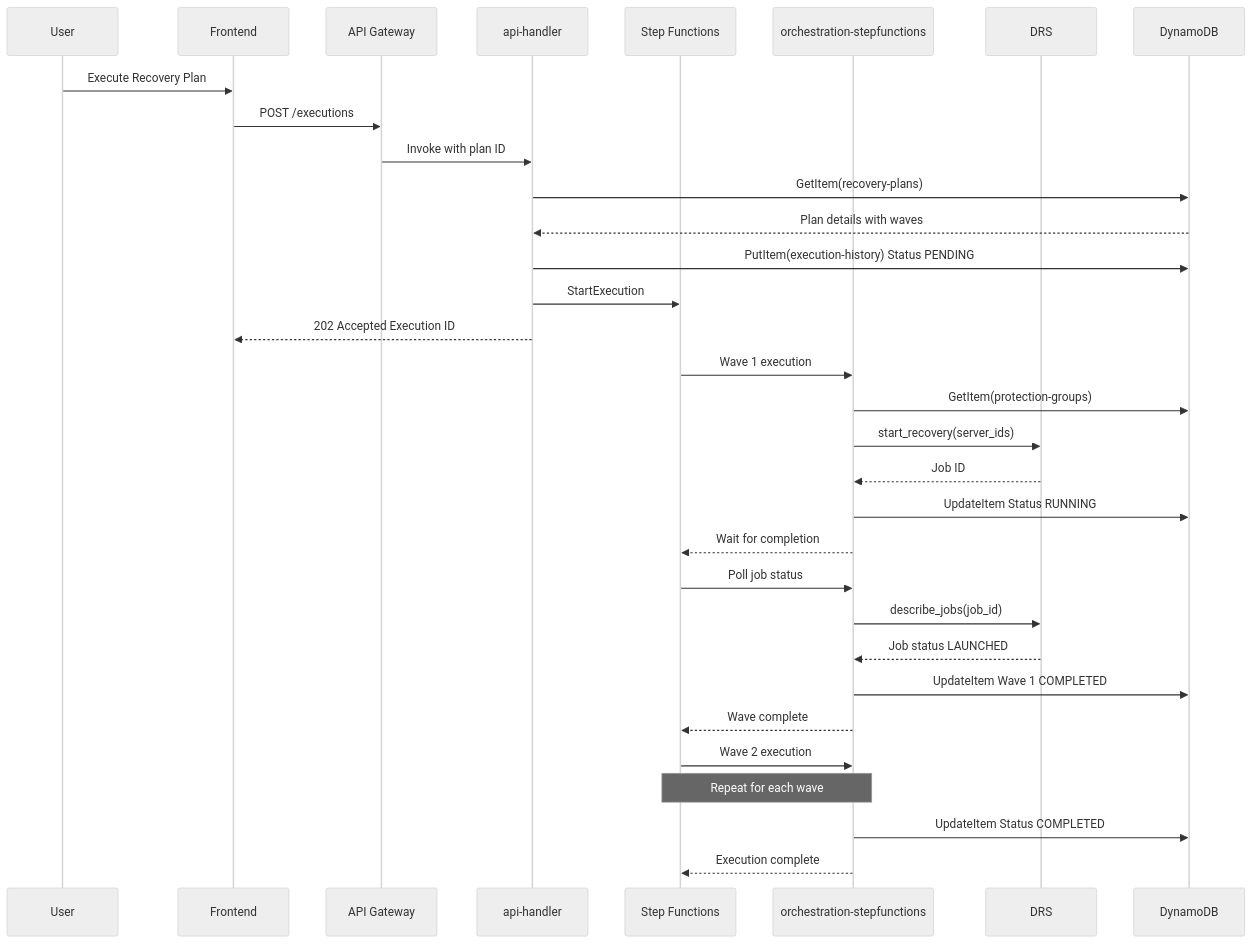
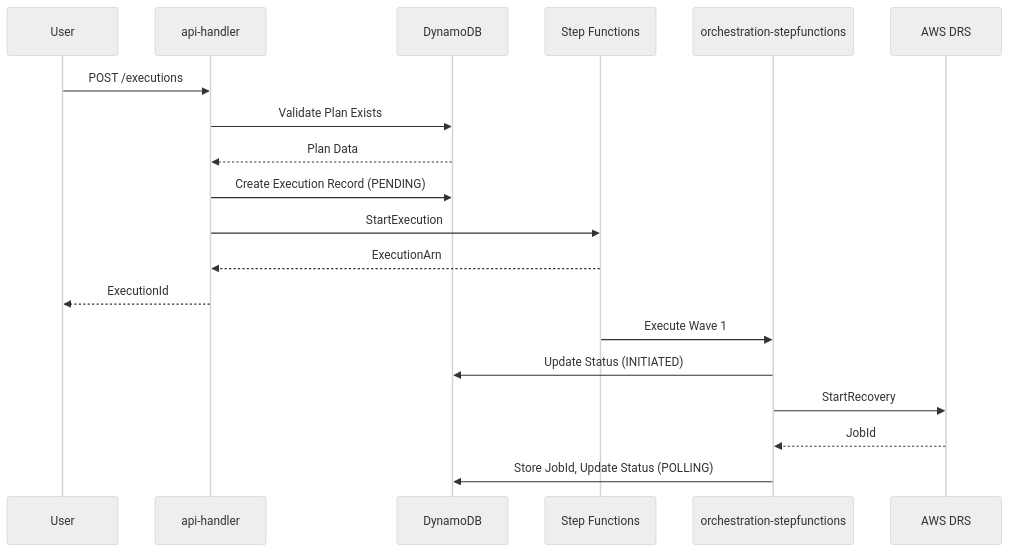
Before and after one commit to johnjcousens/aws-elasticdrs-orchestrator: the fourth of 12 diagrams in docs/architecture/ARCHITECTURE_DIAGRAMS.md, drawn with Mermaid (neutral theme). The commit also changed other lines of this file and 16 other files, not shown here.

````diff
--- a/docs/architecture/ARCHITECTURE_DIAGRAMS.md
+++ b/docs/architecture/ARCHITECTURE_DIAGRAMS.md
@@ -219,43 +229,23 @@
 ```mermaid
 sequenceDiagram
     participant User
-    participant Frontend
-    participant APIGW as API Gateway
-    participant ApiHandler as api-handler
-    participant StepFn as Step Functions
-    participant Orchestrator as orchestration-stepfunctions
-    participant DRS
-    participant DynamoDB
-
-    User->>Frontend: Execute Recovery Plan
-    Frontend->>APIGW: POST /executions
-    APIGW->>ApiHandler: Invoke with plan ID
-
-    ApiHandler->>DynamoDB: GetItem(recovery-plans)
-    DynamoDB-->>ApiHandler: Plan details with waves
-
-    ApiHandler->>DynamoDB: PutItem(execution-history) Status PENDING
-    ApiHandler->>StepFn: StartExecution
-    ApiHandler-->>Frontend: 202 Accepted Execution ID
-
-    StepFn->>Orchestrator: Wave 1 execution
-    Orchestrator->>DynamoDB: GetItem(protection-groups)
-    Orchestrator->>DRS: start_recovery(server_ids)
-    DRS-->>Orchestrator: Job ID
-
-    Orchestrator->>DynamoDB: UpdateItem Status RUNNING
-    Orchestrator-->>StepFn: Wait for completion
-
-    StepFn->>Orchestrator: Poll job status
-    Orchestrator->>DRS: describe_jobs(job_id)
-    DRS-->>Orchestrator: Job status LAUNCHED
-
-    Orchestrator->>DynamoDB: UpdateItem Wave 1 COMPLETED
-    Orchestrator-->>StepFn: Wave complete
-
-    StepFn->>Orchestrator: Wave 2 execution
-    Note over StepFn,Orchestrator: Repeat for each wave
-
-    Orchestrator->>DynamoDB: UpdateItem Status COMPLETED
-    Orchestrator-->>StepFn: Execution complete
+    participant API as api-handler
+    participant DDB as DynamoDB
+    participant SF as Step Functions
+    participant Orch as orchestration-stepfunctions
+    participant DRS as AWS DRS
+    
+    User->>API: POST /executions
+    API->>DDB: Validate Plan Exists
+    DDB-->>API: Plan Data
+    API->>DDB: Create Execution Record (PENDING)
+    API->>SF: StartExecution
+    SF-->>API: ExecutionArn
+    API-->>User: ExecutionId
+    
+    SF->>Orch: Execute Wave 1
+    Orch->>DDB: Update Status (INITIATED)
+    Orch->>DRS: StartRecovery
+    DRS-->>Orch: JobId
+    Orch->>DDB: Store JobId, Update Status (POLLING)
 ```
````
